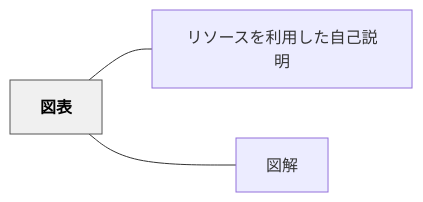
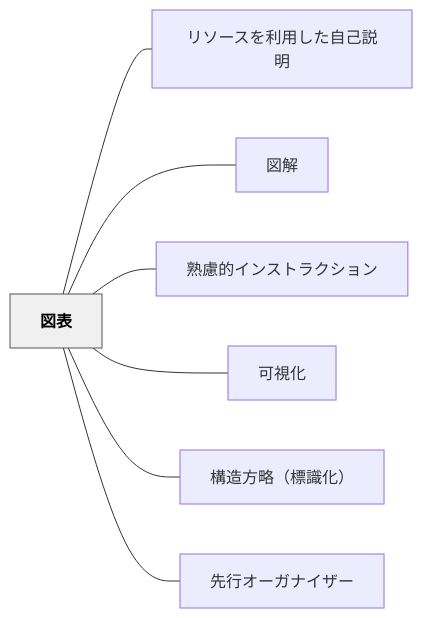
Before and after one commit to unknownthings-ed-patterns/unknownthings-ed-patterns: the diagram in content/パタン/図表.md, drawn with Mermaid. The commit also changed other lines of this file and 47 other files, not shown here.

````diff
--- a/content/パタン/図表.md
+++ b/content/パタン/図表.md
@@ -36,12 +36,20 @@
 ```mermaid
 flowchart LR
     ne59bb3e8a1a8["図表"]
     ne383aae382bd["リソースを利用した自己説明"]
     ne59bb3e8a7a3["図解"]
+    ne7869fe685ae["熟慮的インストラクション"]
+    ne58fafe8a696["可視化"]
+    ne6a78be980a0["構造方略（標識化）"]
+    ne58588e8a18c["先行オーガナイザー"]
 
     ne59bb3e8a1a8 --- ne383aae382bd
     ne59bb3e8a1a8 --- ne59bb3e8a7a3
+    ne59bb3e8a1a8 --- ne7869fe685ae
+    ne59bb3e8a1a8 --- ne58fafe8a696
+    ne59bb3e8a1a8 --- ne6a78be980a0
+    ne59bb3e8a1a8 --- ne58588e8a18c
 
     classDef hub fill:#f0f0f0,stroke:#555,color:#000,font-weight:bold
     class ne59bb3e8a1a8 hub
 ```
````
